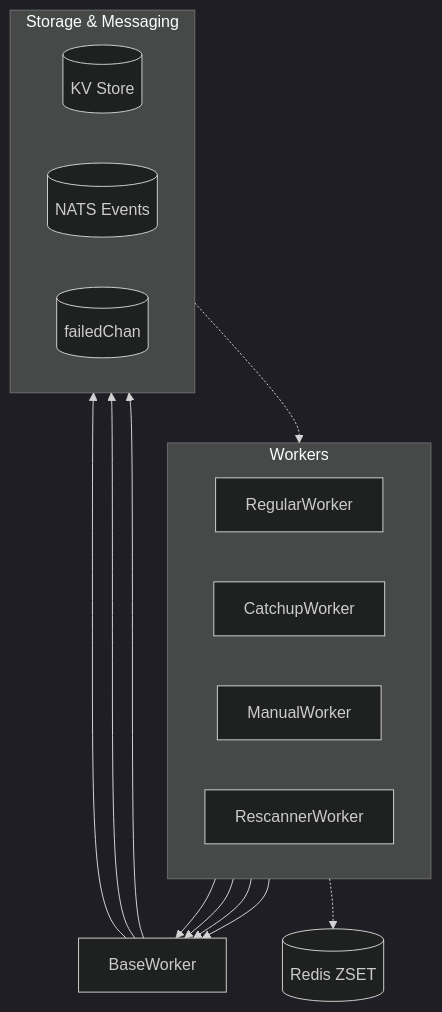
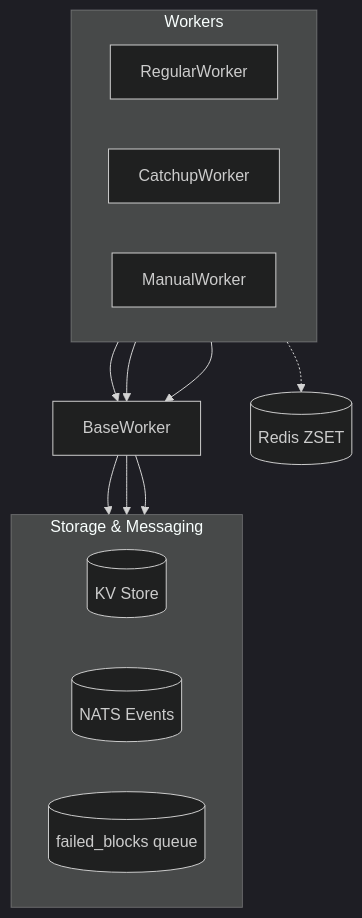
Before and after one commit to fystack/multichain-indexer: the diagram in README.md, drawn with Mermaid (dark theme). The commit also changed other lines of this file and 6 other files, not shown here.

````diff
--- a/README.md
+++ b/README.md
@@ -27,38 +27,33 @@
 ```mermaid
 flowchart TB
     subgraph Workers ["Workers"]
         direction LR
         R[RegularWorker]
         C[CatchupWorker]
         M[ManualWorker]
-        Re[RescannerWorker]
     end
 
     BW[BaseWorker]
 
     subgraph Storage ["Storage & Messaging"]
         direction LR
         KV[(KV Store)]
         NATS[(NATS Events)]
-        FChan[(failedChan)]
+        FQ[(failed_blocks queue)]
     end
 
     Redis[(Redis ZSET)]
 
     %% Workers to BaseWorker
     R --> BW
     C --> BW
     M --> BW
-    Re --> BW
 
     %% BaseWorker connections
     BW --> KV
     BW --> NATS
-    BW --> FChan
-
-    %% Feedback failedChan -> Rescanner
-    FChan -.-> Re
+    BW --> FQ
 
     %% ManualWorker special connection
     M -.-> Redis
 ```
````
